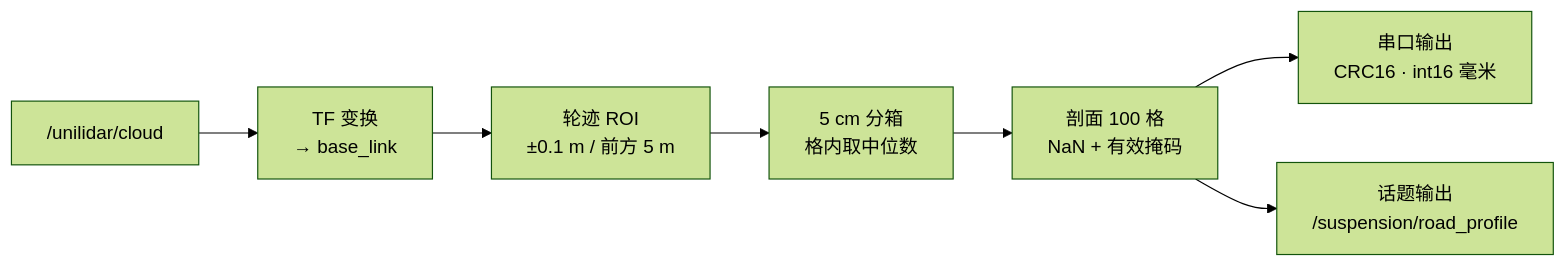
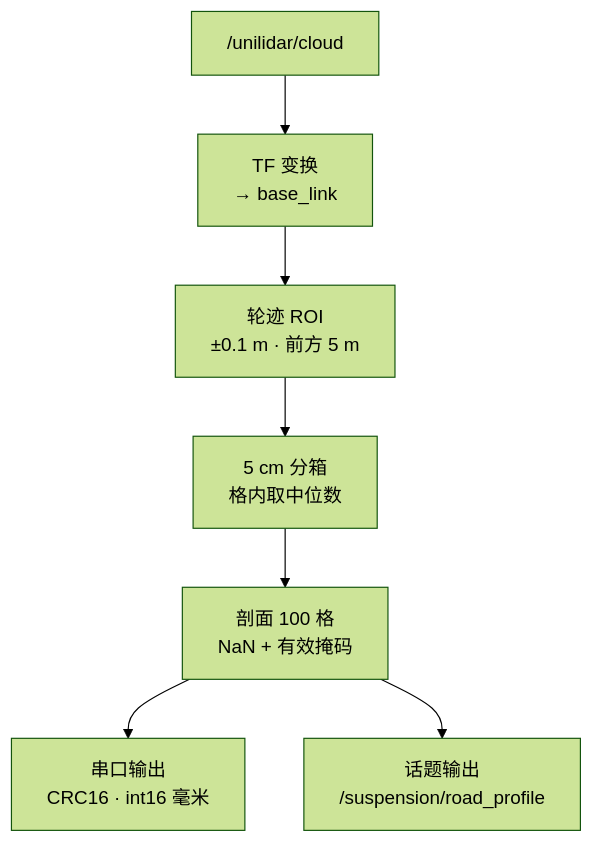
One commit to qi-neo/active-suspension-lidar-preview changed the second of 4 diagrams in README.md. Above: the diagram before and after it, drawn with Mermaid (forest theme). The commit also changed other lines of this file and 1 other file, not shown here.

First line of the commit message:
docs: 重排 README 四张 mermaid 图，适配深色主题

````diff
--- a/README.md
+++ b/README.md
@@ -72,10 +71,9 @@
 ```mermaid
-%%{init: {"fontFamily": "-apple-system, BlinkMacSystemFont, PingFang SC, Helvetica Neue, Microsoft YaHei, sans-serif"}}%%
-flowchart LR
+flowchart TB
     A["/unilidar/cloud"] --> B["TF 变换<br/>→ base_link"]
-    B --> C["轮迹 ROI<br/>±0.1 m / 前方 5 m"]
+    B --> C["轮迹 ROI<br/>±0.1 m · 前方 5 m"]
     C --> D["5 cm 分箱<br/>格内取中位数"]
     D --> E["剖面 100 格<br/>NaN + 有效掩码"]
     E --> F["串口输出<br/>CRC16 · int16 毫米"]
     E --> G["话题输出<br/>/suspension/road_profile"]
 ```
````
